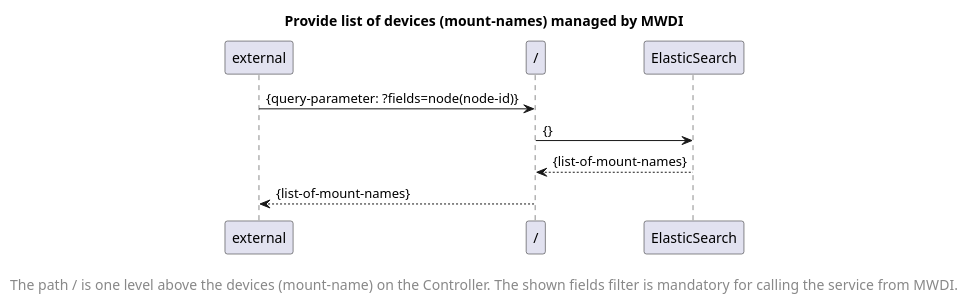
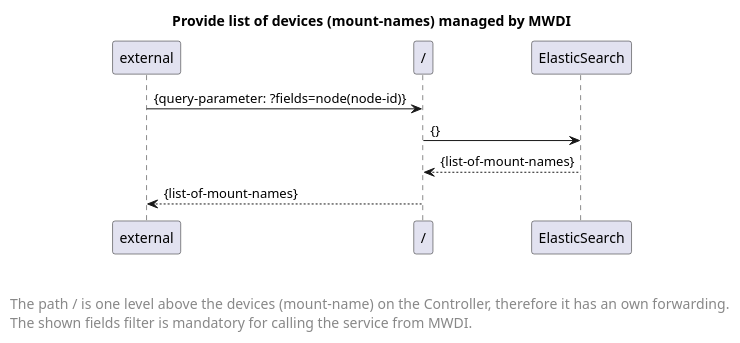
One commit to openBackhaul/MicroWaveDeviceInventory changed the diagram in spec/diagrams/08x_forwardingProvideMountNameList.plantuml. Above: the diagram before and after it, drawn with PlantUML. The commit also changed 1 other file, not shown here.

Commit message:
more diagram stuff

```diff
--- a/spec/diagrams/08x_forwardingProvideMountNameList.plantuml
+++ b/spec/diagrams/08x_forwardingProvideMountNameList.plantuml
@@ -1,23 +1,23 @@
 @startuml
 skinparam responseMessageBelowArrow true
 
 title Provide list of devices (mount-names) managed by MWDI
 
 "external" -> "/": {query-parameter: ?fields=node(node-id)}
 
 "/" -> "ElasticSearch": {}
 "ElasticSearch" --> "/" : {list-of-mount-names}
 
 "/" --> "external": {list-of-mount-names}
 
-left footer \nThe path / is one level above the devices (mount-name) on the Controller. The shown fields filter is mandatory for calling the service from MWDI.
+left footer \n\nThe path / is one level above the devices (mount-name) on the Controller, therefore it has an own forwarding. \nThe shown fields filter is mandatory for calling the service from MWDI.
 
 <style>
 footer {
   HorizontalAlignment left
   FontSize 14
 }
 </style>
 
 
 @enduml
```
